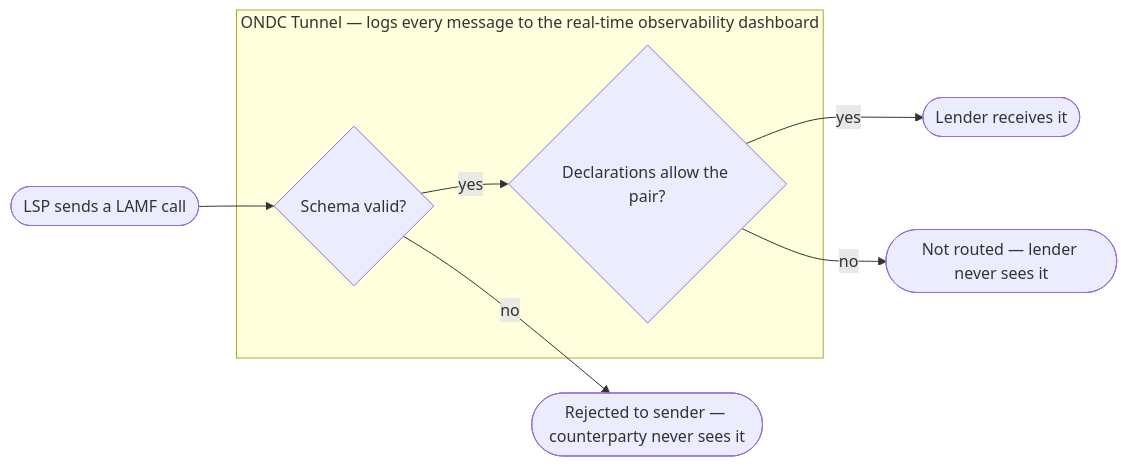
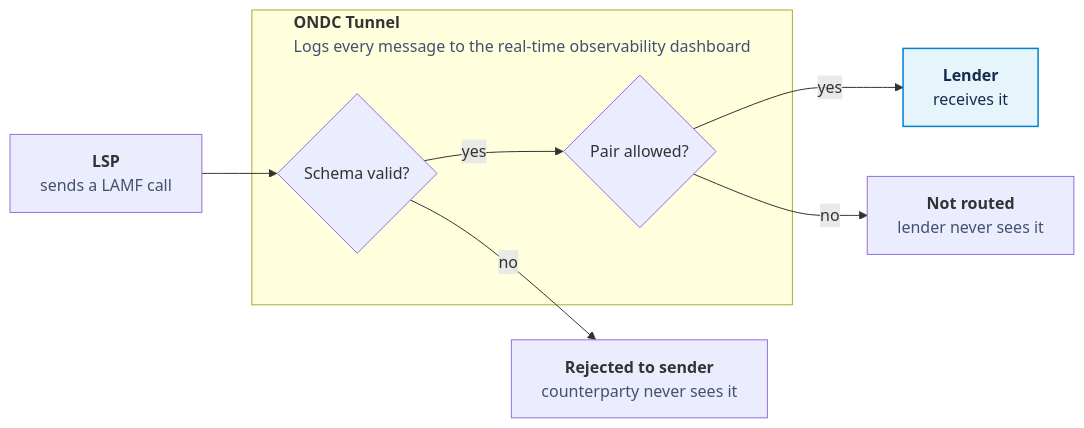
One commit to JyotiSharma0711/automation-specifications changed the diagram in config/docs/overview.md. Above: the diagram before and after it, drawn with Mermaid. The commit also changed other lines of this file, not shown here.

Commit message:
docs: redesign the LAMF Tunnel routing diagram to match BL's
Same set of fixes already applied to BL's overview.md (automation-specifications#51/#52/#53):
- Title heading above the diagram ('Tunnel checks every LAMF call
  before a counterparty sees it')
- Two-tier bold-title + gray-subtitle labels on LSP, Rejected,
  Lender, and Not routed (rectangle shape, not stadium)
- Blue classDef highlight on the Lender success node
- 'Declarations allow the pair?' shortened to 'Pair allowed?' so its
  diamond renders the same size as 'Schema valid?' (mermaid sizes a
  diamond from its inscribed text; explicit width/height hints are
  ignored for this shape)

Needs the same automation-frontend renderer changes BL's diagram
needed (two-tier HTML labels, subgraph title margin, straight
connector lines) — verified against a live render with those changes
applied before committing.

````diff
--- a/config/docs/overview.md
+++ b/config/docs/overview.md
@@ -29,12 +31,15 @@
 ```mermaid
 flowchart LR
-    LSP([LSP sends a LAMF call]) --> Schema{Schema valid?}
-    subgraph Tunnel["ONDC Tunnel — logs every message to the real-time observability dashboard"]
+    LSP["<b>LSP</b><br/><span style='font-weight:400;color:#42526e'>sends a LAMF call</span>"] --> Schema{Schema valid?}
+    subgraph Tunnel["<b>ONDC Tunnel</b><br/><span style='font-weight:400;color:#42526e'>Logs every message to the real-time observability dashboard</span>"]
         Schema
-        Decl{Declarations allow the pair?}
+        Decl{Pair allowed?}
     end
     Schema -- yes --> Decl
-    Schema -- no --> Rejected([Rejected to sender — counterparty never sees it])
-    Decl -- yes --> Lender([Lender receives it])
-    Decl -- no --> NotRouted([Not routed — lender never sees it])
+    Schema -- no --> Rejected["<b>Rejected to sender</b><br/><span style='font-weight:400;color:#42526e'>counterparty never sees it</span>"]
+    Decl -- yes --> Lender["<b>Lender</b><br/><span style='font-weight:400'>receives it</span>"]
+    Decl -- no --> NotRouted["<b>Not routed</b><br/><span style='font-weight:400;color:#42526e'>lender never sees it</span>"]
+
+    classDef success fill:#e6f4fc,stroke:#0081cc,stroke-width:1.5px,color:#172b4d
+    class Lender success
 ```
````
